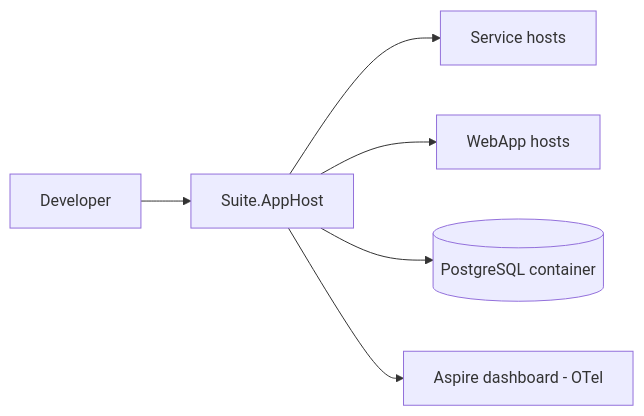
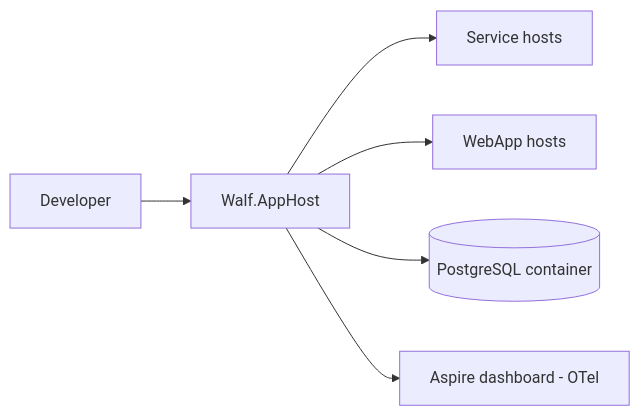
The diagram in docs/arc42/07-deployment-view.md (CircleTools-ch/circletools-suite), drawn with Mermaid before and after one commit. The commit also changed other lines of this file and 226 other files, not shown here.

First line of the commit message:
refactor(naming): finalize brand as "Walf" and replace `Suite` placeholder

````diff
--- a/docs/arc42/07-deployment-view.md
+++ b/docs/arc42/07-deployment-view.md
@@ -19,8 +19,8 @@
 ```mermaid
 flowchart LR
-    Dev[Developer] --> AppHost[Suite.AppHost]
+    Dev[Developer] --> AppHost[Walf.AppHost]
     AppHost --> API[Service hosts]
     AppHost --> Web[WebApp hosts]
     AppHost --> PG[(PostgreSQL container)]
     AppHost --> Dash[Aspire dashboard - OTel]
 ```
````
